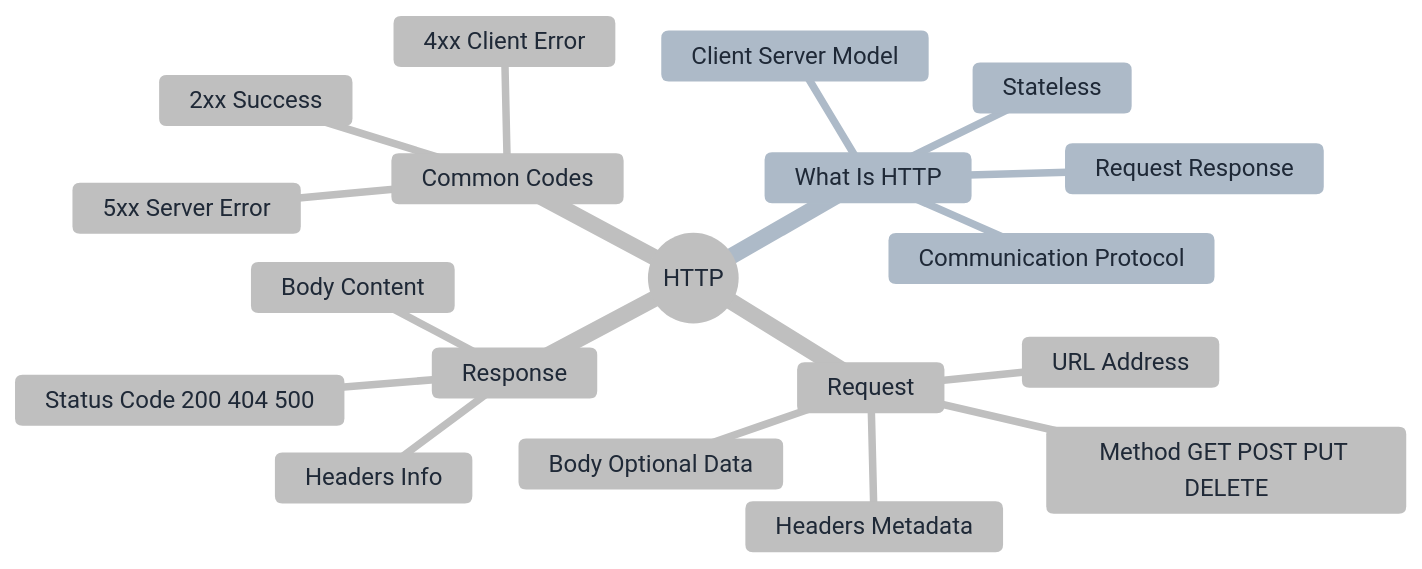
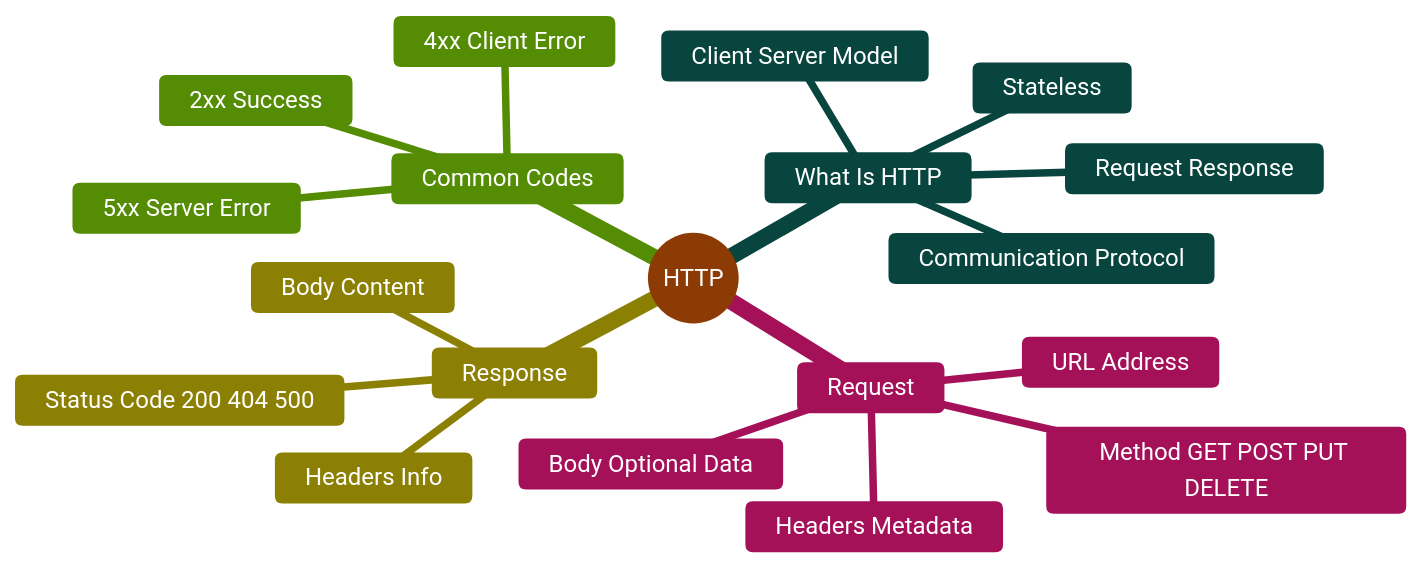
Before and after one commit to swornimashakya/abstract-thinking: the diagram in mindmaps/how-things-work/how-http-works.md, drawn with Mermaid. The commit also changed 1 other file, not shown here.

Commit message:
Edit mindmap

````diff
--- a/mindmaps/how-things-work/how-http-works.md
+++ b/mindmaps/how-things-work/how-http-works.md
@@ -5,26 +5,26 @@
 ```mermaid
-%%{init: {'theme':'base', 'themeVariables': { 'primaryColor':'#ffffff','primaryTextColor':'#1f2937','primaryBorderColor':'#9ca3af','lineColor':'#d1d5db','secondaryColor':'#f9fafb','tertiaryColor':'#ffffff','background':'#ffffff','mainBkg':'#ffffff','secondaryBkg':'#f9fafb','tertiaryBkg':'#ffffff','fontSize':'16px'}}}%%
+%%{init: {'theme':'base', 'themeVariables': { 'primaryColor':'#f97316','primaryTextColor':'#ffffff','primaryBorderColor':'#ea580c','lineColor':'#94a3b8','secondaryColor':'#14b8a6','secondaryTextColor':'#ffffff','tertiaryColor':'#ec4899','tertiaryTextColor':'#ffffff','background':'#ffffff','fontSize':'16px'}}}%%
 mindmap
   root((HTTP))
     What Is HTTP
       Communication Protocol
       Client Server Model
       Request Response
       Stateless
     
     Request
       Method GET POST PUT DELETE
       URL Address
       Headers Metadata
       Body Optional Data
     
     Response
       Status Code 200 404 500
       Headers Info
       Body Content
     
     Common Codes
       2xx Success
       4xx Client Error
       5xx Server Error
 ```
````
